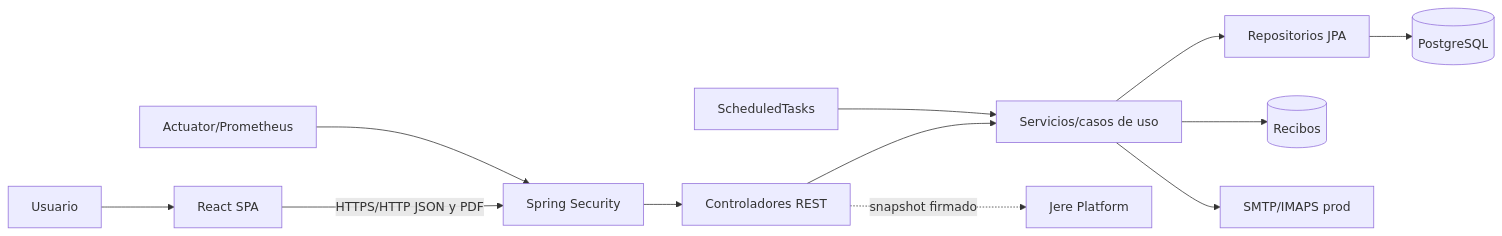
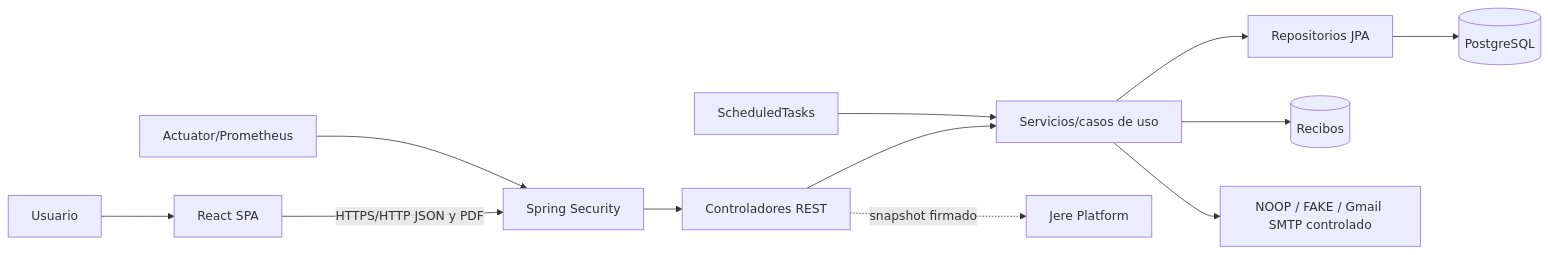
One commit to JerePrograma/Gestudio changed the diagram in docs/ai-reference/03-architecture.md. Above: the diagram before and after it, drawn with Mermaid. The commit also changed other lines of this file and 47 other files, not shown here.

````diff
--- a/docs/ai-reference/03-architecture.md
+++ b/docs/ai-reference/03-architecture.md
@@ -11,14 +11,14 @@
 ```mermaid
 flowchart LR
     U[Usuario] --> SPA[React SPA]
     SPA -->|HTTPS/HTTP JSON y PDF| SEC[Spring Security]
     SEC --> API[Controladores REST]
     API --> APP[Servicios/casos de uso]
     APP --> REPO[Repositorios JPA]
     REPO --> PG[(PostgreSQL)]
     APP --> FILES[(Recibos)]
     JOBS[ScheduledTasks] --> APP
     API -. snapshot firmado .-> JP[Jere Platform]
-    APP --> MAIL[SMTP/IMAPS prod]
+    APP --> MAIL[NOOP / FAKE / Gmail SMTP controlado]
     OBS[Actuator/Prometheus] --> SEC
 ```
````
